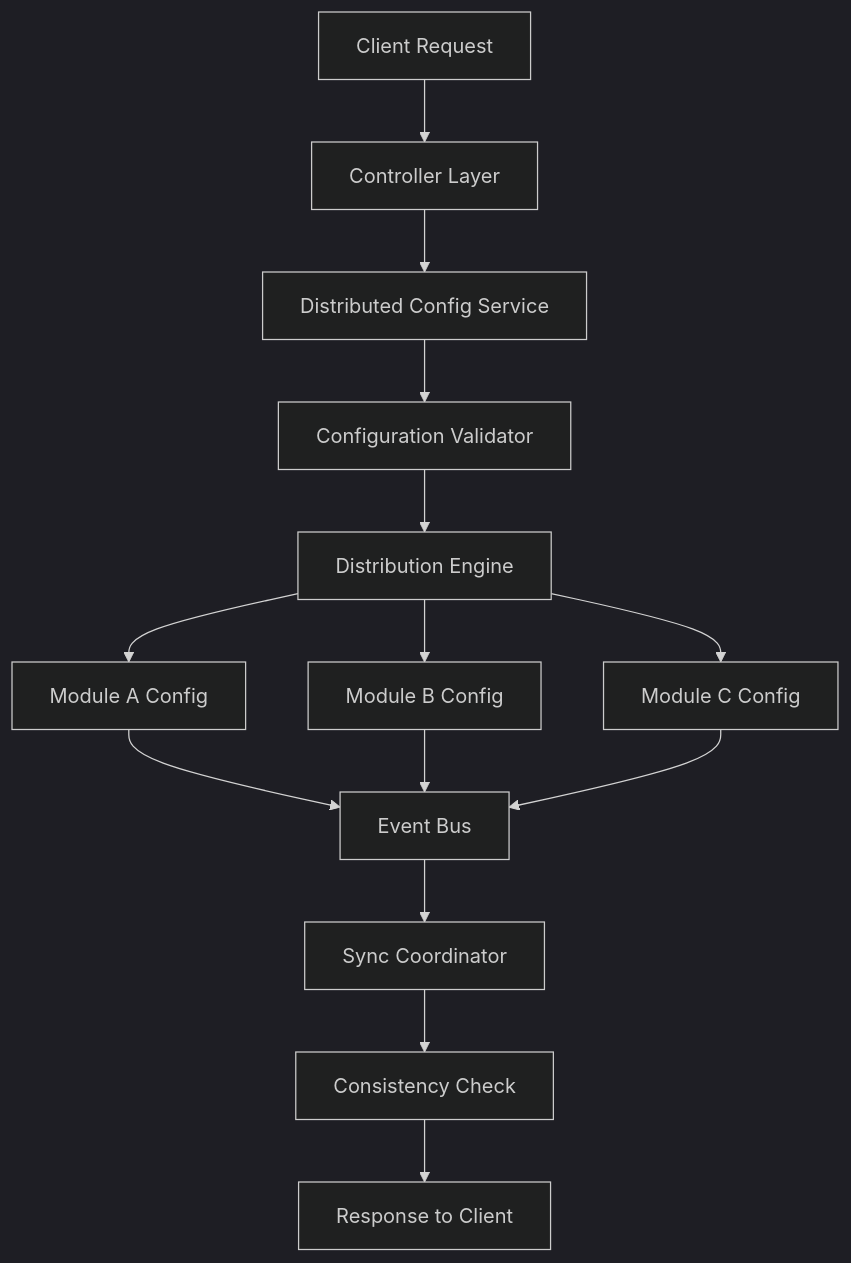
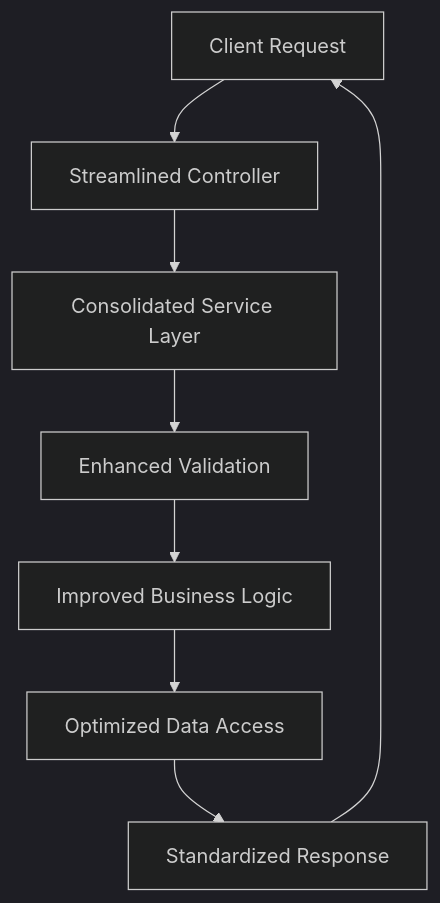
One commit to franckylab/eLISAschool changed the third of 19 diagrams in .qoder/repowiki/en/content/System Architecture/Backend Architecture/Backend Architecture.md. Above: the diagram before and after it, drawn with Mermaid (dark theme). The commit also changed other lines of this file and 97 other files, not shown here.

````diff
--- a/.qoder/repowiki/en/content/System Architecture/Backend Architecture/Backend Architecture.md
+++ b/.qoder/repowiki/en/content/System Architecture/Backend Architecture/Backend Architecture.md
@@ -261,16 +266,10 @@
 ```mermaid
 flowchart TD
-Client["Client Request"] --> Controller["Controller Layer"]
-Controller --> ConfigService["Distributed Config Service"]
-ConfigService --> Validation["Configuration Validator"]
-Validation --> Distribution["Distribution Engine"]
-Distribution --> ModuleA["Module A Config"]
-Distribution --> ModuleB["Module B Config"]
-Distribution --> ModuleC["Module C Config"]
-ModuleA --> Event["Event Bus"]
-ModuleB --> Event
-ModuleC --> Event
-Event --> Sync["Sync Coordinator"]
-Sync --> Consistency["Consistency Check"]
-Consistency --> Response["Response to Client"]
+Client["Client Request"] --> Controller["Streamlined Controller"]
+Controller --> ServiceLayer["Consolidated Service Layer"]
+ServiceLayer --> Validation["Enhanced Validation"]
+Validation --> BusinessLogic["Improved Business Logic"]
+BusinessLogic --> DataAccess["Optimized Data Access"]
+DataAccess --> Response["Standardized Response"]
+Response --> Client
 ```
````
